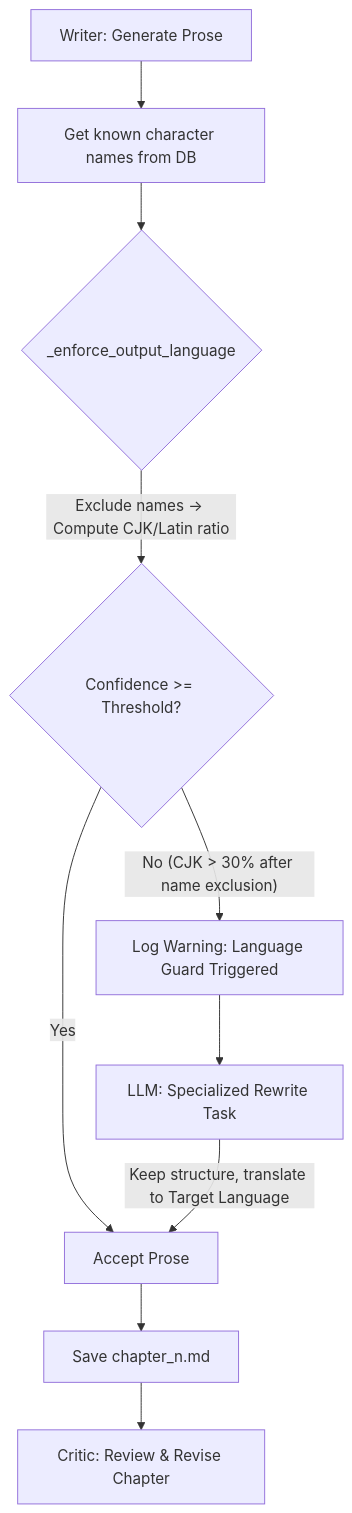
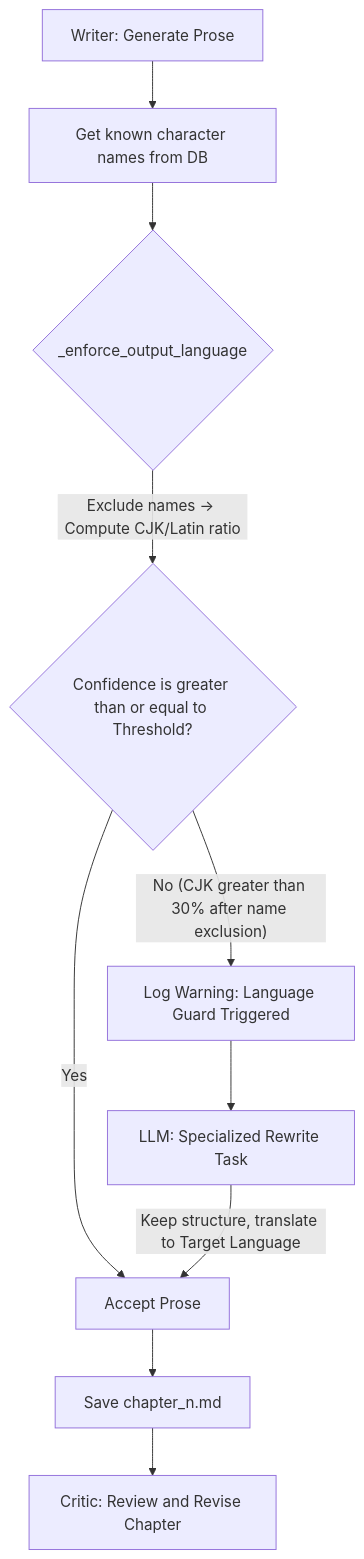
One commit to AI-Team-Team/AI-Novel changed the second of 3 diagrams in docs/Flowchart/Chapter_Workflow.md. Above: the diagram before and after it, drawn with Mermaid. The commit also changed 14 other files, not shown here.

````diff
--- a/docs/Flowchart/Chapter_Workflow.md
+++ b/docs/Flowchart/Chapter_Workflow.md
@@ -34,16 +34,16 @@
 ```mermaid
 flowchart TD
     Write["Writer: Generate Prose"] --> Names["Get known character names from DB"]
     Names --> Guard{"_enforce_output_language"}
     
-    Guard -- "Exclude names → Compute CJK/Latin ratio" --> Check{"Confidence >= Threshold?"}
+    Guard -- "Exclude names → Compute CJK/Latin ratio" --> Check{"Confidence is greater than or equal to Threshold?"}
     
     Check -- "Yes" --> Accept["Accept Prose"]
     
-    Check -- "No (CJK > 30% after name exclusion)" --> Rewrite["Log Warning: Language Guard Triggered"]
+    Check -- "No (CJK greater than 30% after name exclusion)" --> Rewrite["Log Warning: Language Guard Triggered"]
     Rewrite --> LLM_Rewrite["LLM: Specialized Rewrite Task"]
     LLM_Rewrite -- "Keep structure, translate to Target Language" --> Accept
     
     Accept --> Save["Save chapter_n.md"]
-    Save --> Review["Critic: Review & Revise Chapter"]
+    Save --> Review["Critic: Review and Revise Chapter"]
 ```
````
